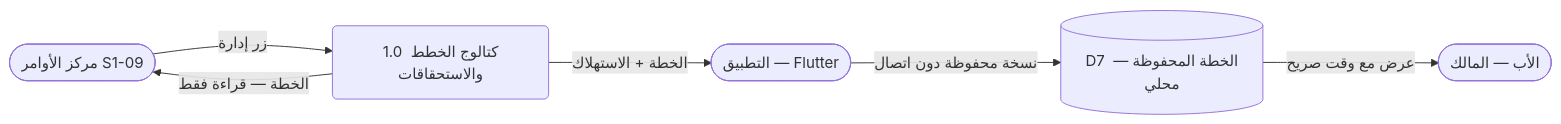
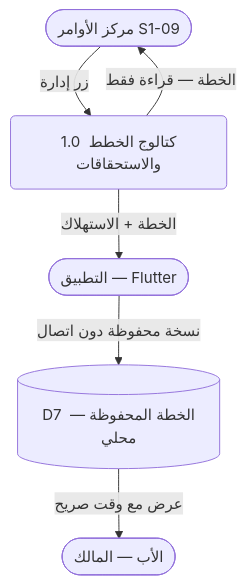
Diagram 20 of 25 in docs/family-os/governance/phases/phase-1/S1-04-plans-and-subscriptions/DIAGRAMS.md (Bassam-mohammed-alqaeadi/family-os-v2), drawn with Mermaid before and after one commit. The commit also changed other lines of this file, not shown here.

````diff
--- a/docs/family-os/governance/phases/phase-1/S1-04-plans-and-subscriptions/DIAGRAMS.md
+++ b/docs/family-os/governance/phases/phase-1/S1-04-plans-and-subscriptions/DIAGRAMS.md
@@ -706,14 +742,14 @@
 ```mermaid
-flowchart LR
+flowchart TD
+    S109([مركز الأوامر S1-09])
+    P1(1.0 كتالوج الخطط والاستحقاقات)
+    App([التطبيق — Flutter])
+    D7[(D7 الخطة المحفوظة — محلي)]
     Father([الأب — المالك])
-    S109([مركز الأوامر S1-09])
-    App([التطبيق — Flutter])
-    P1(1.0 كتالوج الخطط والاستحقاقات)
-    D7[(D7 الخطة المحفوظة — محلي)]
 
     S109 -->|زر إدارة| P1
     P1 -->|الخطة — قراءة فقط| S109
     P1 -->|الخطة + الاستهلاك| App
     App -->|نسخة محفوظة دون اتصال| D7
     D7 -->|عرض مع وقت صريح| Father
 ```
````
